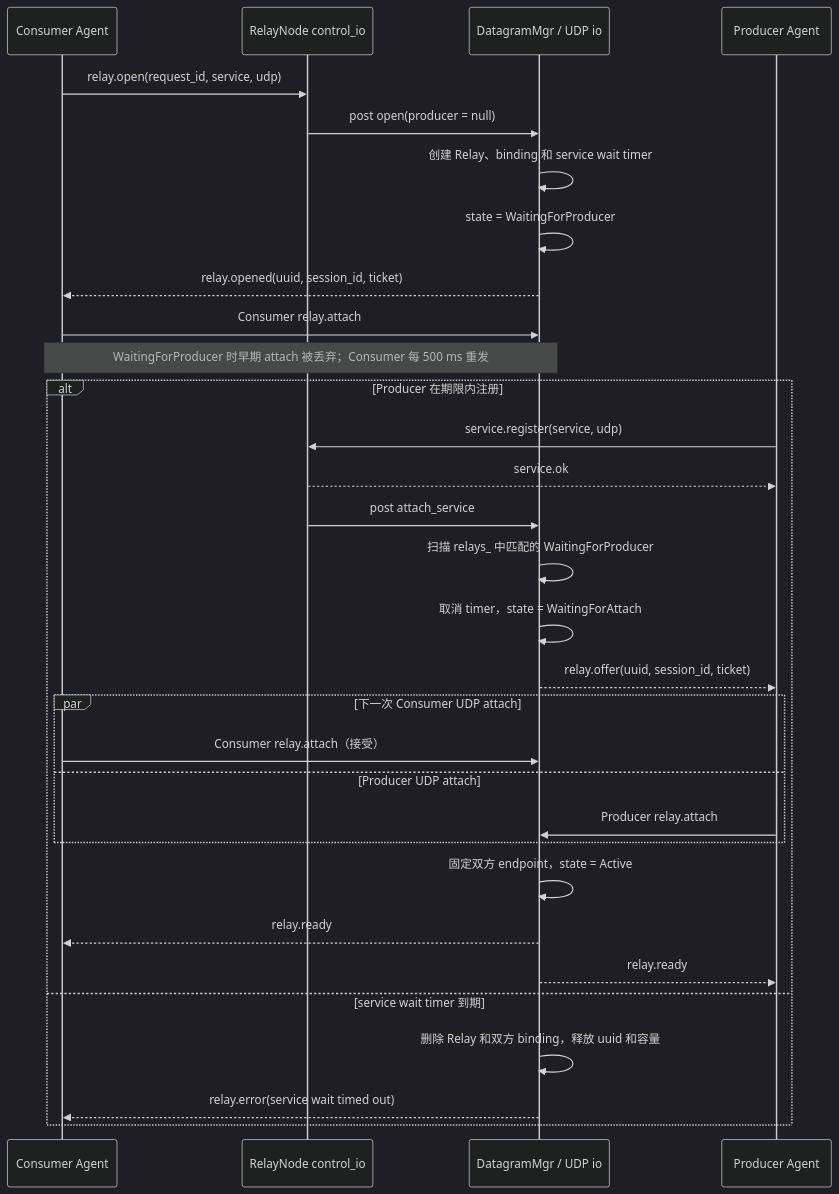
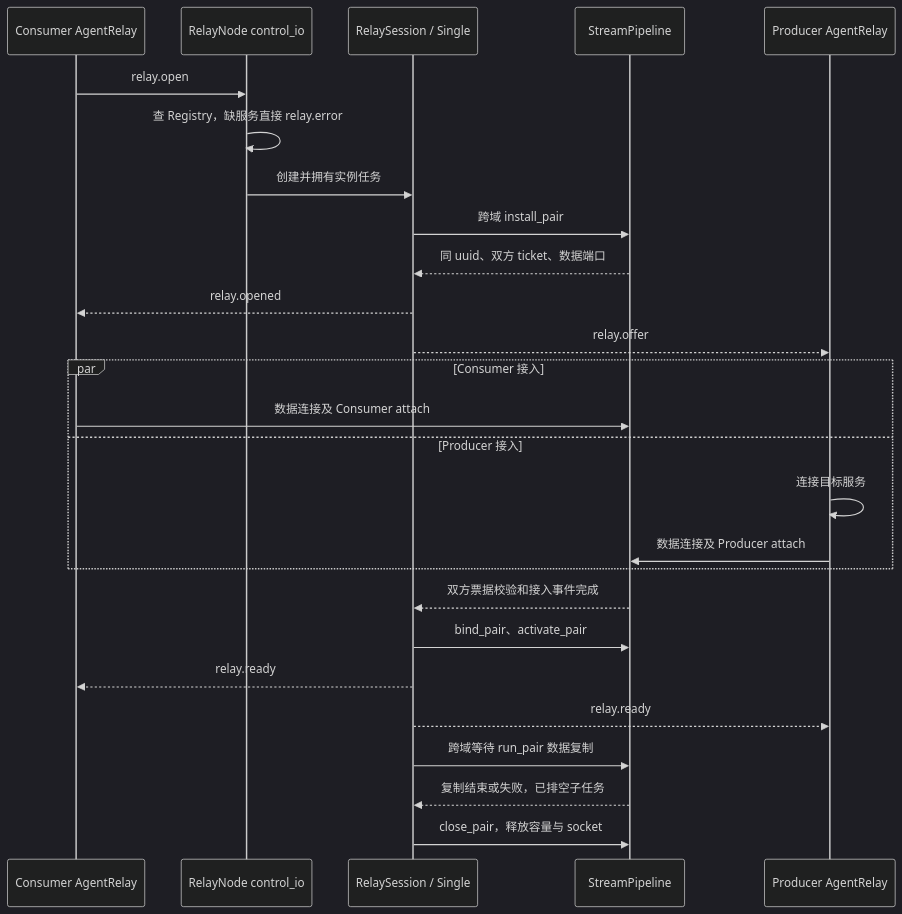
One commit to Xtinc/relayweave changed the ninth of 12 diagrams in docs/RelayWeave设计.md. Above: the diagram before and after it, drawn with Mermaid (dark theme). The commit also changed other lines of this file and 54 other files, not shown here.

````diff
--- a/docs/RelayWeave设计.md
+++ b/docs/RelayWeave设计.md
@@ -1424,35 +1225,28 @@
 ```mermaid
 sequenceDiagram
-    participant C as Consumer Agent
+    participant C as Consumer AgentRelay
     participant N as RelayNode control_io
-    participant D as DatagramMgr / UDP io
-    participant P as Producer Agent
-
-    C->>N: relay.open(request_id, service, udp)
-    N->>D: post open(producer = null)
-    D->>D: 创建 Relay、binding 和 service wait timer
-    D->>D: state = WaitingForProducer
-    D-->>C: relay.opened(uuid, session_id, ticket)
-    C->>D: Consumer relay.attach
-    Note over C,D: WaitingForProducer 时早期 attach 被丢弃；Consumer 每 500 ms 重发
-
-    alt Producer 在期限内注册
-        P->>N: service.register(service, udp)
-        N-->>P: service.ok
-        N->>D: post attach_service
-        D->>D: 扫描 relays_ 中匹配的 WaitingForProducer
-        D->>D: 取消 timer，state = WaitingForAttach
-        D-->>P: relay.offer(uuid, session_id, ticket)
-        par 下一次 Consumer UDP attach
-            C->>D: Consumer relay.attach（接受）
-        and Producer UDP attach
-            P->>D: Producer relay.attach
-        end
-        D->>D: 固定双方 endpoint，state = Active
-        D-->>C: relay.ready
-        D-->>P: relay.ready
-    else service wait timer 到期
-        D->>D: 删除 Relay 和双方 binding，释放 uuid 和容量
-        D-->>C: relay.error(service wait timed out)
+    participant R as RelaySession / Single
+    participant D as StreamPipeline
+    participant P as Producer AgentRelay
+    C->>N: relay.open
+    N->>N: 查 Registry，缺服务直接 relay.error
+    N->>R: 创建并拥有实例任务
+    R->>D: 跨域 install_pair
+    D-->>R: 同 uuid、双方 ticket、数据端口
+    R-->>C: relay.opened
+    R-->>P: relay.offer
+    par Consumer 接入
+        C->>D: 数据连接及 Consumer attach
+    and Producer 接入
+        P->>P: 连接目标服务
+        P->>D: 数据连接及 Producer attach
     end
+    D-->>R: 双方票据校验和接入事件完成
+    R->>D: bind_pair、activate_pair
+    R-->>C: relay.ready
+    R-->>P: relay.ready
+    R->>D: 跨域等待 run_pair 数据复制
+    D-->>R: 复制结束或失败，已排空子任务
+    R->>D: close_pair，释放容量与 socket
 ```
````
